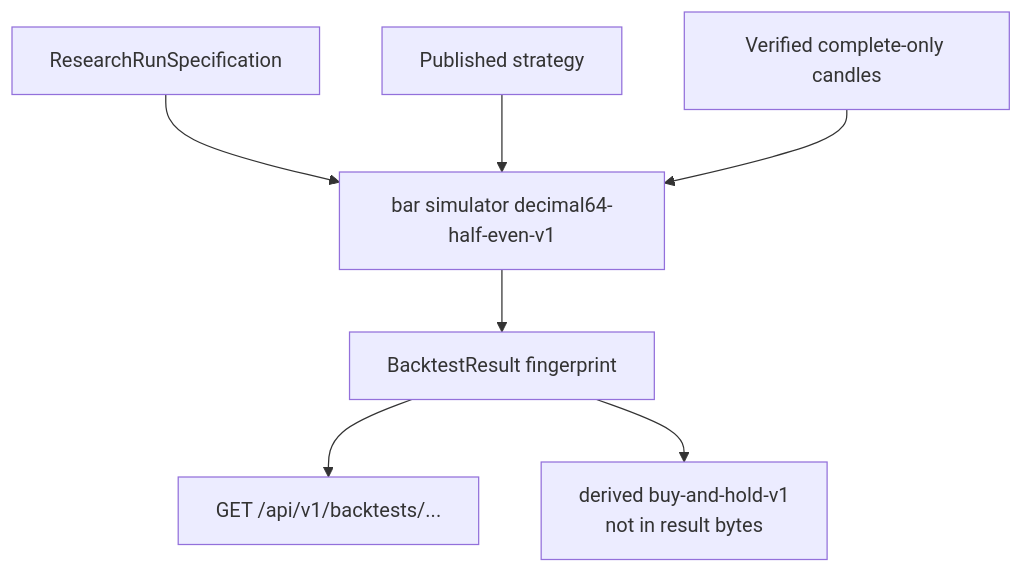
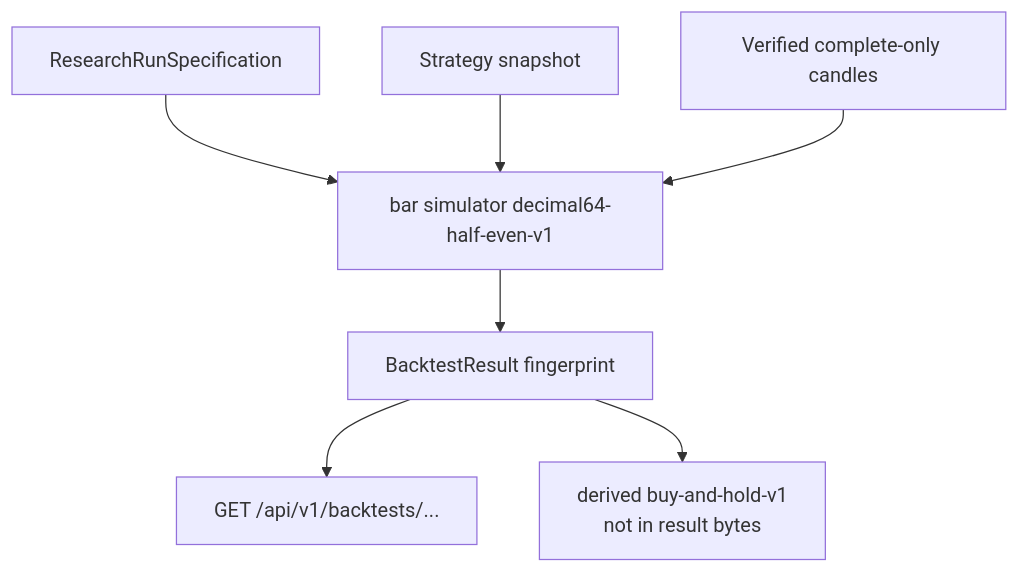
One commit to Zoltesh/thytrader changed the second of 2 diagrams in docs/architecture/contracts/backtest-result.md. Above: the diagram before and after it, drawn with Mermaid. The commit also changed 216 other files, not shown here.

````diff
--- a/docs/architecture/contracts/backtest-result.md
+++ b/docs/architecture/contracts/backtest-result.md
@@ -67,9 +67,9 @@
 ```mermaid
 flowchart TD
   Run["ResearchRunSpecification"] --> Sim["bar simulator decimal64-half-even-v1"]
-  Strat["Published strategy"] --> Sim
+  Strat["Strategy snapshot"] --> Sim
   Data["Verified complete-only candles"] --> Sim
   Sim --> Result["BacktestResult fingerprint"]
   Result --> API["GET /api/v1/backtests/..."]
   Result --> BH["derived buy-and-hold-v1\nnot in result bytes"]
 ```
````
